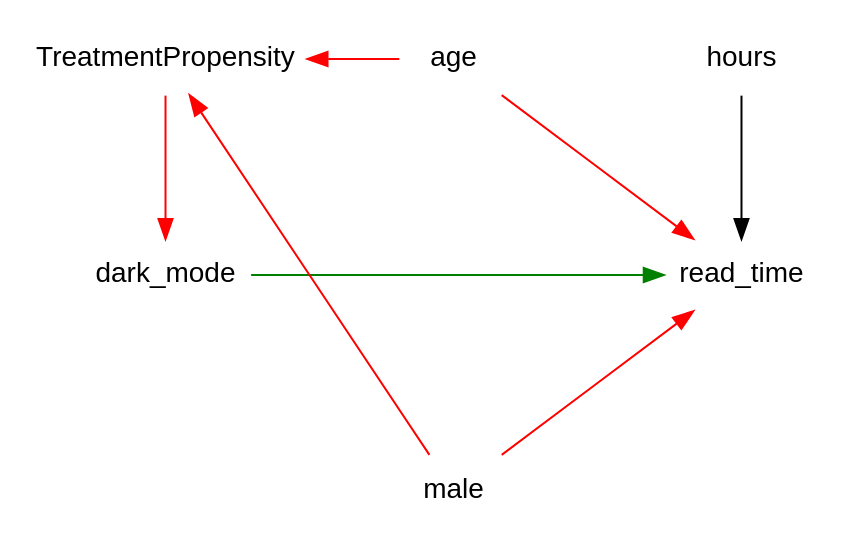
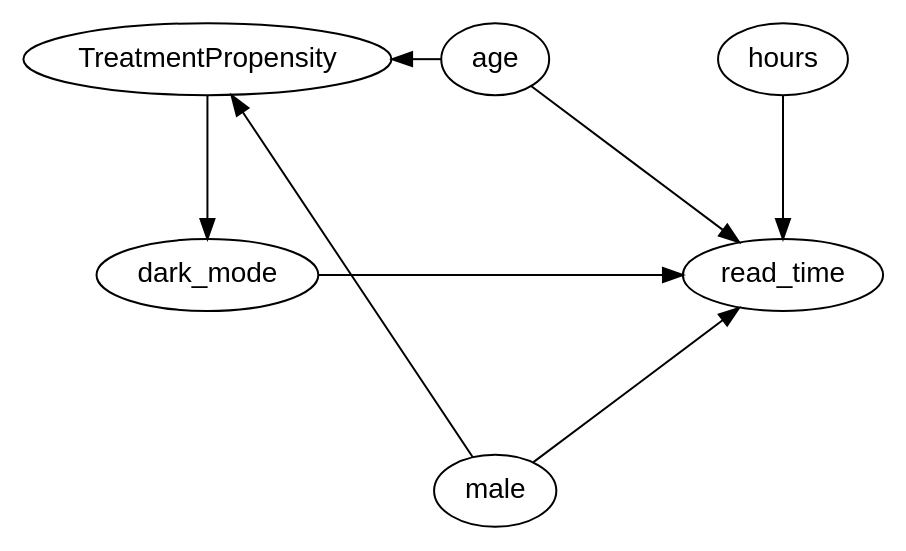
Before and after one commit to mca91/kasa_book: the third of 3 diagrams in Matching.qmd, drawn with Graphviz. The commit also changed other lines of this file and 21 other files, not shown here.

````diff
--- a/Matching.qmd
+++ b/Matching.qmd
@@ -442,27 +445,26 @@
 ```{dot}
-//| fig-width: 4
+//| fig-width: 5
 //| fig-height: 3
 //| fig-align: 'center'
 //| fig-cap: "Propensity im Website-Design-Beispiel"
 //| label: "fig-propCDdarkmode" 
 digraph {
   layout=neato
   fontname="Helvetica,Arial,sans-serif"
-  node [fontname="Helvetica,Arial,sans-serif"]
+  node [fontname="Helvetica,Arial,sans-serif", shape=ellipse]
   edge [fontname="Helvetica,Arial,sans-serif"]
-  node [shape=none];
   "read_time" [pos="4,0.5!"]
   "dark_mode" [pos="0,0.5!"]
   "TreatmentPropensity" [pos="0,2!"]
   "male" [pos="2,-1!"]
   "age" [pos="2,2!"]
   "hours" [pos="4,2!"]
   "hours" -> "read_time"
-  "age" -> "TreatmentPropensity" [color="red"]
-  "age" -> "read_time" [color="red"]
-  "dark_mode" -> "read_time" [color="green"]
-  "male" -> "TreatmentPropensity" [color="red"]
-  "male" -> "read_time" [color="red"]
-  "TreatmentPropensity" -> "dark_mode" [color="red"]
+  "age" -> "TreatmentPropensity"
+  "age" -> "read_time"
+  "dark_mode" -> "read_time"
+  "male" -> "TreatmentPropensity"
+  "male" -> "read_time"
+  "TreatmentPropensity" -> "dark_mode"
 }
 ```
````
